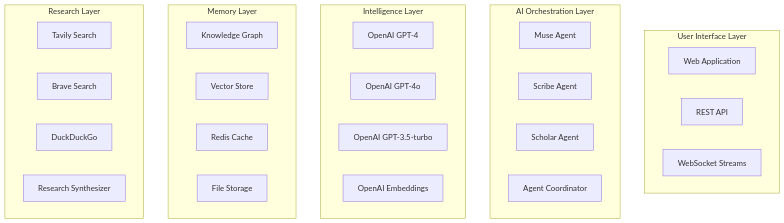
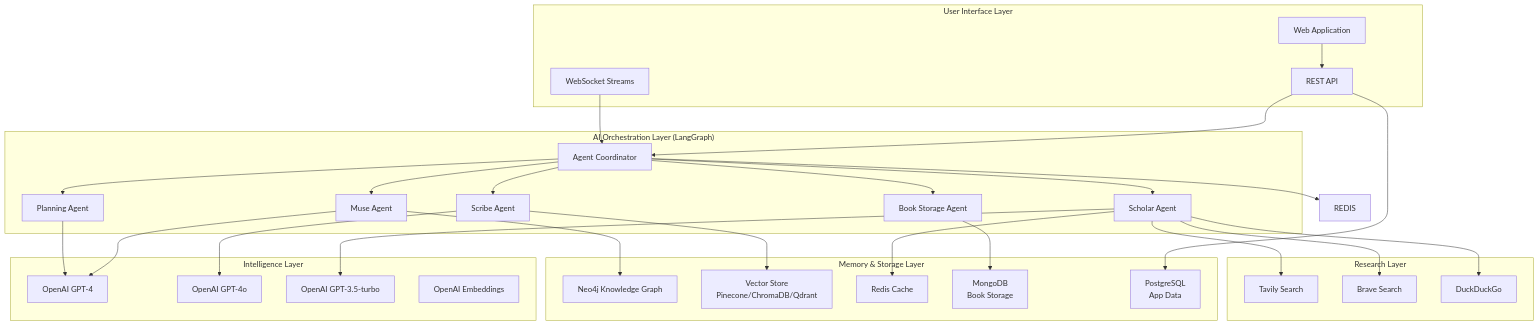
One commit to alexh-scrt/musequill.ink changed the diagram in README.md. Above: the diagram before and after it, drawn with Mermaid. The commit also changed other lines of this file and 1 other file, not shown here.

````diff
--- a/README.md
+++ b/README.md
@@ -114,36 +153,65 @@
 ```mermaid
 graph TB
     subgraph "User Interface Layer"
         WEB[Web Application]
         API[REST API]
         WS[WebSocket Streams]
     end
     
-    subgraph "AI Orchestration Layer"
+    subgraph "AI Orchestration Layer (LangGraph)"
+        COORD[Agent Coordinator]
         MUSE[Muse Agent]
         SCRIBE[Scribe Agent]
         SCHOLAR[Scholar Agent]
-        COORD[Agent Coordinator]
+        PLANNER[Planning Agent]
+        STORER[Book Storage Agent]
     end
     
     subgraph "Intelligence Layer"
         GPT4[OpenAI GPT-4]
         GPT4O[OpenAI GPT-4o]
         GPT35[OpenAI GPT-3.5-turbo]
         EMB[OpenAI Embeddings]
     end
     
-    subgraph "Memory Layer"
-        KG[Knowledge Graph]
-        VS[Vector Store]
+    subgraph "Memory & Storage Layer"
+        KG[Neo4j Knowledge Graph]
+        VS[Vector Store<br/>Pinecone/ChromaDB/Qdrant]
         CACHE[Redis Cache]
-        FILES[File Storage]
+        MONGO[MongoDB<br/>Book Storage]
+        POSTGRES[PostgreSQL<br/>App Data]
     end
     
     subgraph "Research Layer"
         TAVILY[Tavily Search]
         BRAVE[Brave Search]
         DDG[DuckDuckGo]
-        SYNTH[Research Synthesizer]
     end
+    
+    WEB --> API
+    API --> COORD
+    WS --> COORD
+    
+    COORD --> MUSE
+    COORD --> SCRIBE
+    COORD --> SCHOLAR
+    COORD --> PLANNER
+    COORD --> STORER
+    
+    MUSE --> GPT4
+    SCRIBE --> GPT4O
+    SCHOLAR --> GPT35
+    PLANNER --> GPT4
+    
+    MUSE --> KG
+    SCRIBE --> VS
+    SCHOLAR --> CACHE
+    STORER --> MONGO
+    
+    SCHOLAR --> TAVILY
+    SCHOLAR --> BRAVE
+    SCHOLAR --> DDG
+    
+    API --> POSTGRES
+    COORD --> REDIS
 ```
````
